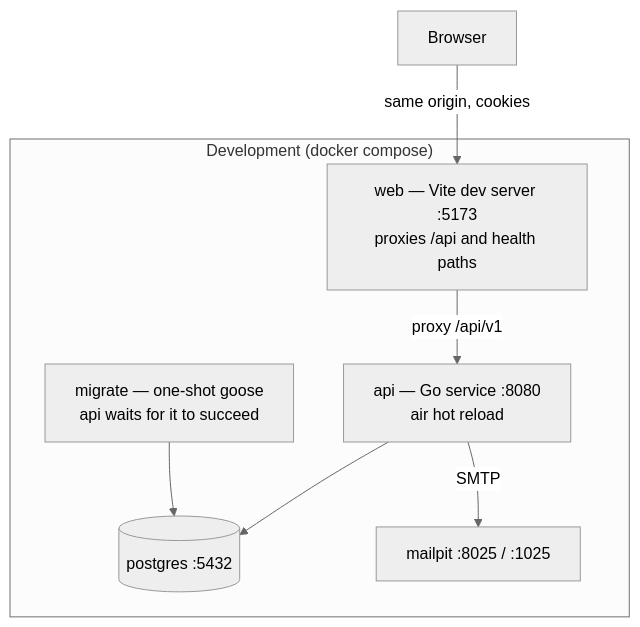
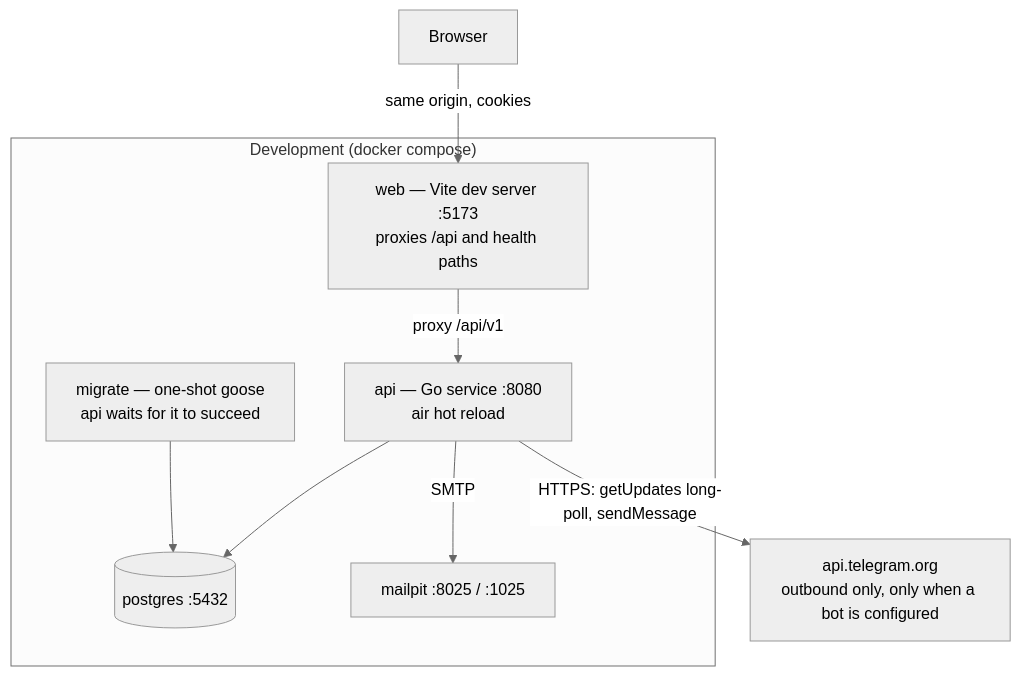
The first of 18 diagrams in docs/SYSTEM_DESIGN.md (oandrz/Household), drawn with Mermaid (neutral theme) before and after one commit. The commit also changed other lines of this file and 57 other files, not shown here.

First line of the commit message:
Telegram sign-in — a way in when mail cannot leave the box (#14)

````diff
--- a/docs/SYSTEM_DESIGN.md
+++ b/docs/SYSTEM_DESIGN.md
@@ -104,18 +132,21 @@
 ```mermaid
 graph TD
     Browser["Browser"]
 
     subgraph dev["Development (docker compose)"]
         Web["web — Vite dev server :5173<br/>proxies /api and health paths"]
         API["api — Go service :8080<br/>air hot reload"]
         PG[("postgres :5432")]
         Mail["mailpit :8025 / :1025"]
         Migrate["migrate — one-shot goose<br/>api waits for it to succeed"]
     end
 
+    TG["api.telegram.org<br/>outbound only, only when a bot is configured"]
+
     Browser -->|"same origin, cookies"| Web
     Web -->|"proxy /api/v1"| API
     API --> PG
     API -->|SMTP| Mail
+    API -->|"HTTPS: getUpdates long-poll, sendMessage"| TG
     Migrate --> PG
 ```
````
